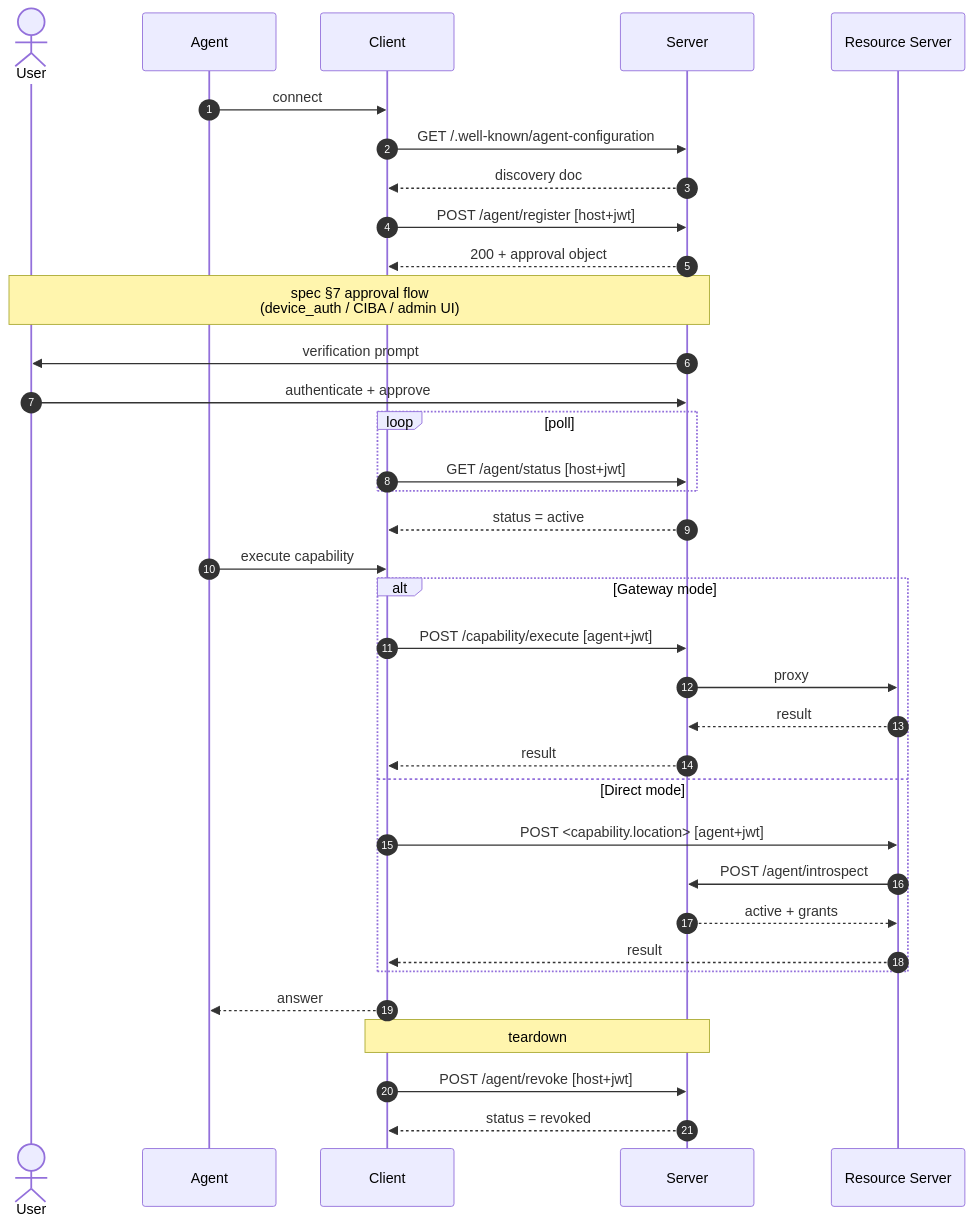
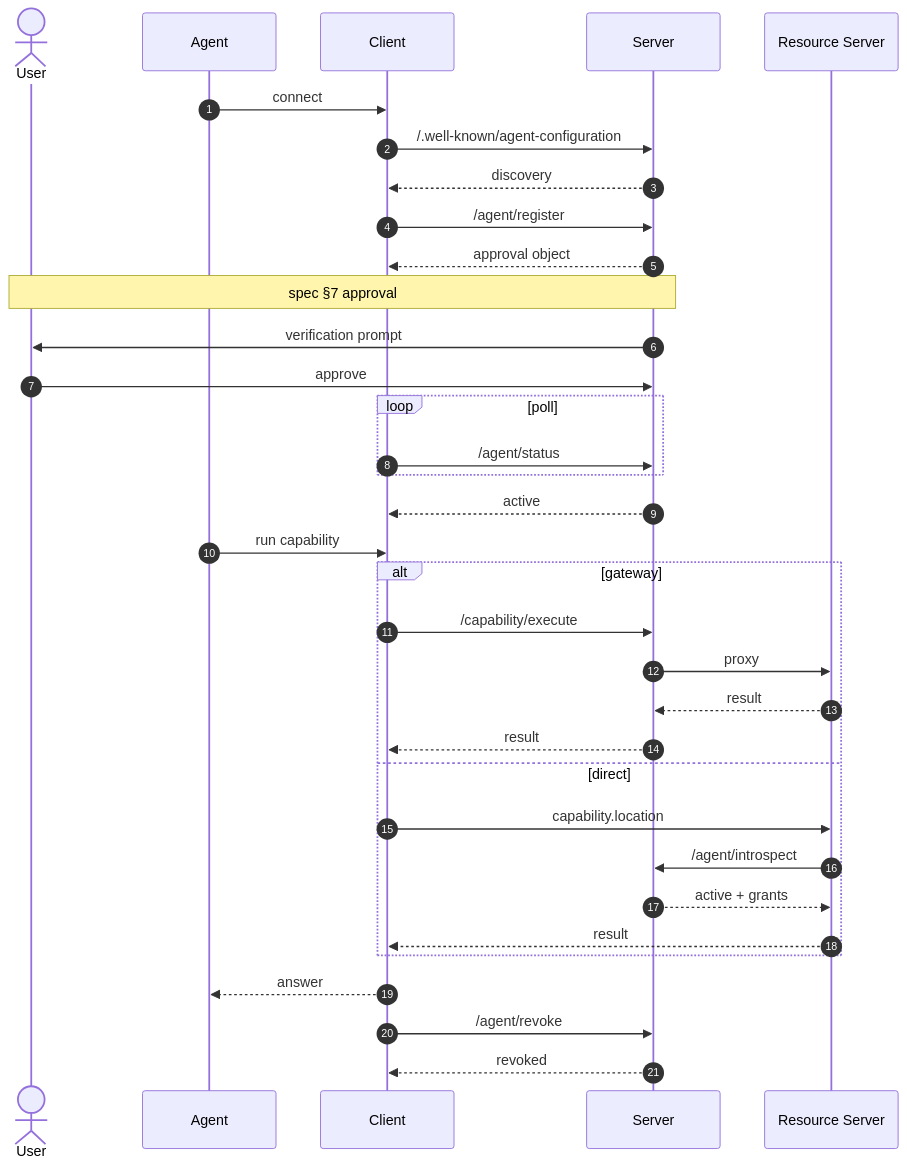
The second of 4 diagrams in docs/architecture.md (chenhunghan/keycloak-agent-auth), drawn with Mermaid before and after one commit. The commit also changed other lines of this file, not shown here.

````diff
--- a/docs/architecture.md
+++ b/docs/architecture.md
@@ -68,44 +68,43 @@
 ```mermaid
 sequenceDiagram
     autonumber
     actor User
     participant Agent
     participant Client
     participant Server
     participant RS as Resource Server
 
     Agent->>Client: connect
-    Client->>Server: GET /.well-known/agent-configuration
-    Server-->>Client: discovery doc
+    Client->>Server: /.well-known/agent-configuration
+    Server-->>Client: discovery
 
-    Client->>Server: POST /agent/register  [host+jwt]
-    Server-->>Client: 200 + approval object
+    Client->>Server: /agent/register
+    Server-->>Client: approval object
 
-    Note over Server,User: spec §7 approval flow<br/>(device_auth / CIBA / admin UI)
+    Note over Server,User: spec §7 approval
     Server->>User: verification prompt
-    User->>Server: authenticate + approve
+    User->>Server: approve
 
     loop poll
-        Client->>Server: GET /agent/status  [host+jwt]
+        Client->>Server: /agent/status
     end
-    Server-->>Client: status = active
+    Server-->>Client: active
 
-    Agent->>Client: execute capability
+    Agent->>Client: run capability
 
-    alt Gateway mode
-        Client->>Server: POST /capability/execute  [agent+jwt]
+    alt gateway
+        Client->>Server: /capability/execute
         Server->>RS: proxy
         RS-->>Server: result
         Server-->>Client: result
-    else Direct mode
-        Client->>RS: POST <capability.location>  [agent+jwt]
-        RS->>Server: POST /agent/introspect
+    else direct
+        Client->>RS: capability.location
+        RS->>Server: /agent/introspect
         Server-->>RS: active + grants
         RS-->>Client: result
     end
     Client-->>Agent: answer
 
-    Note over Client,Server: teardown
-    Client->>Server: POST /agent/revoke  [host+jwt]
-    Server-->>Client: status = revoked
+    Client->>Server: /agent/revoke
+    Server-->>Client: revoked
 ```
````
